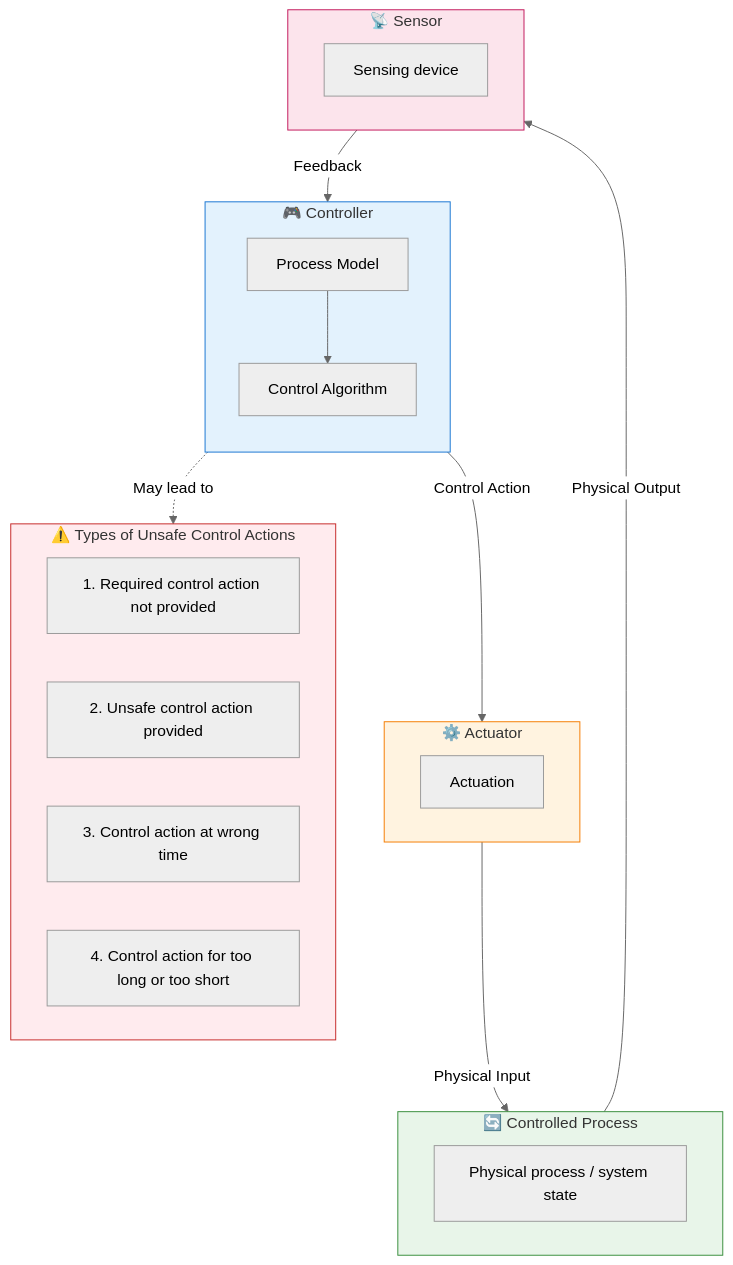
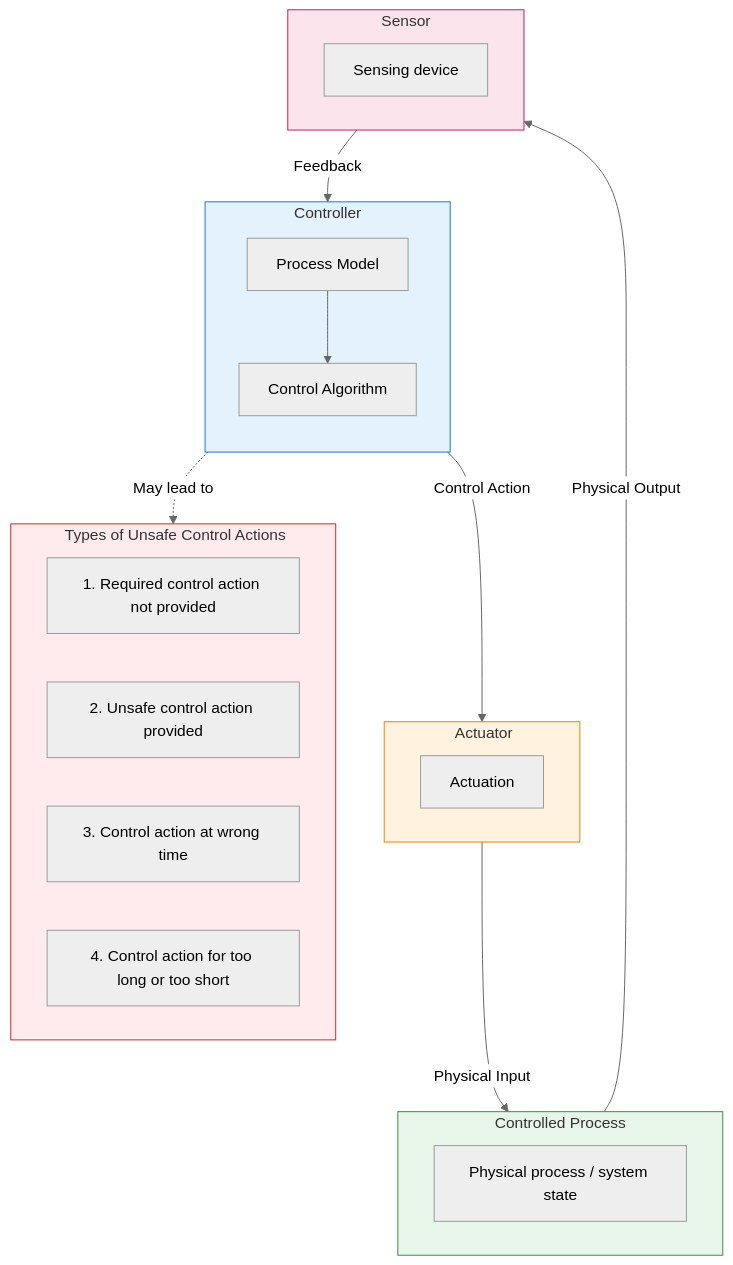
The first of 6 diagrams in docs/02_System_Analysis/HARA_TARA_STPA_Guide.en.md (michaellinhq/automotive-develop-architecture), drawn with Mermaid (neutral theme) before and after one commit. The commit also changed other lines of this file and 7 other files, not shown here.

Commit message:
Harden Mermaid syntax in English docs

````diff
--- a/docs/02_System_Analysis/HARA_TARA_STPA_Guide.en.md
+++ b/docs/02_System_Analysis/HARA_TARA_STPA_Guide.en.md
@@ -52,42 +52,42 @@
 ```mermaid
 flowchart TB
-    subgraph Controller["🎮 Controller"]
+    subgraph Controller[" Controller"]
         direction TB
         PM["Process Model"]
         CA["Control Algorithm"]
         PM --> CA
     end
 
-    subgraph Actuator["⚙️ Actuator"]
+    subgraph Actuator["️ Actuator"]
         ACT["Actuation"]
     end
 
-    subgraph Process["🔄 Controlled Process"]
+    subgraph Process[" Controlled Process"]
         CP["Physical process / system state"]
     end
 
-    subgraph Sensor["📡 Sensor"]
+    subgraph Sensor[" Sensor"]
         SEN["Sensing device"]
     end
 
     Controller -->|"Control Action"| Actuator
     Actuator -->|"Physical Input"| Process
     Process -->|"Physical Output"| Sensor
     Sensor -->|"Feedback"| Controller
 
-    subgraph UCA["⚠️ Types of Unsafe Control Actions"]
+    subgraph UCA["️ Types of Unsafe Control Actions"]
         direction LR
         UCA1["1. Required control action not provided"]
         UCA2["2. Unsafe control action provided"]
         UCA3["3. Control action at wrong time"]
         UCA4["4. Control action for too long or too short"]
     end
 
     Controller -.->|"May lead to"| UCA
 
     style Controller fill:#e3f2fd,stroke:#1976d2
     style Actuator fill:#fff3e0,stroke:#f57c00
     style Process fill:#e8f5e9,stroke:#388e3c
     style Sensor fill:#fce4ec,stroke:#c2185b
     style UCA fill:#ffebee,stroke:#c62828
 ```
````
